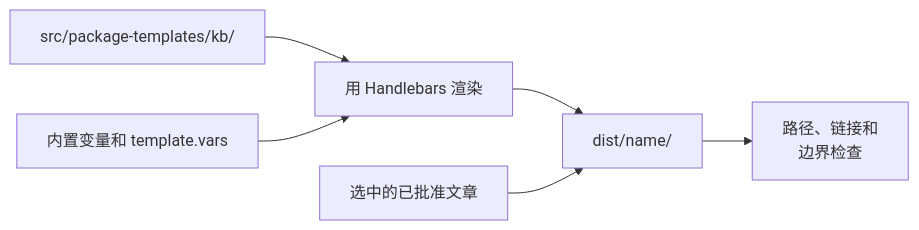
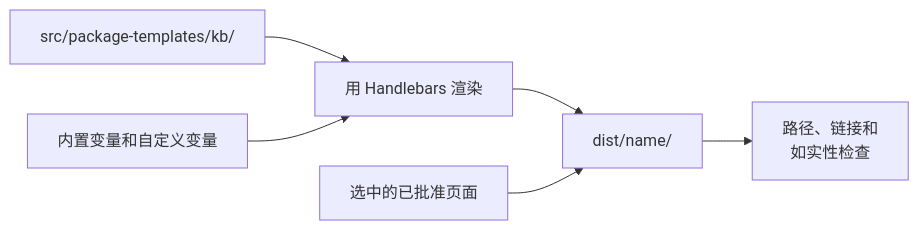
The diagram in translations/zh-CN/sop/outputs-and-sites/custom-output-templates.md (context4ai/portal), drawn with Mermaid before and after one commit. The commit also changed other lines of this file and 129 other files, not shown here.

````diff
--- a/translations/zh-CN/sop/outputs-and-sites/custom-output-templates.md
+++ b/translations/zh-CN/sop/outputs-and-sites/custom-output-templates.md
@@ -16,8 +18,8 @@
 ```mermaid
 flowchart LR
   tpl["src/package-templates/kb/"] --> render["用 Handlebars 渲染"]
-  vars["内置变量和 template.vars"] --> render
+  vars["内置变量和自定义变量"] --> render
   render --> out["dist/name/"]
-  approved["选中的已批准文章"] --> out
-  out --> check["路径、链接和<br/>边界检查"]
+  approved["选中的已批准页面"] --> out
+  out --> check["路径、链接和<br/>如实性检查"]
 ```
````
